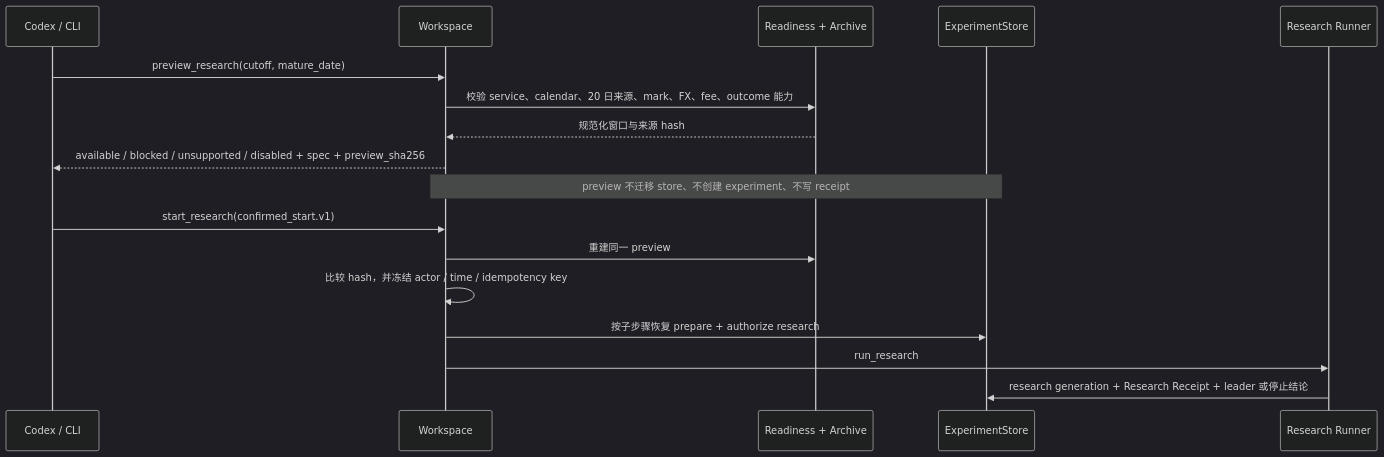
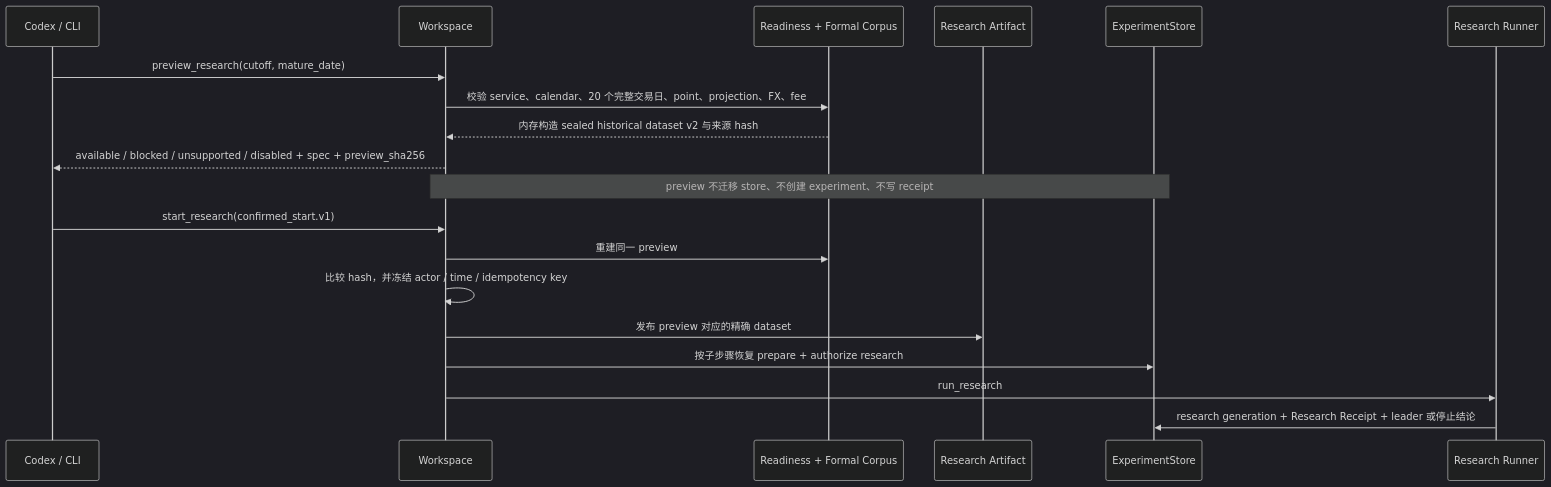
The second of 3 diagrams in docs/STRATEGY_LAB_EXPERIMENT_PLATFORM_SYSTEM_DESIGN.md (liuxie066/options-monitor), drawn with Mermaid (dark theme) before and after one commit. The commit also changed other lines of this file and 7 other files, not shown here.

Commit message:
feat(strategy-lab): complete formal 20-day research slice

````diff
--- a/docs/STRATEGY_LAB_EXPERIMENT_PLATFORM_SYSTEM_DESIGN.md
+++ b/docs/STRATEGY_LAB_EXPERIMENT_PLATFORM_SYSTEM_DESIGN.md
@@ -224,20 +223,22 @@
 ```mermaid
 sequenceDiagram
     participant C as Codex / CLI
     participant W as Workspace
-    participant R as Readiness + Archive
+    participant R as Readiness + Formal Corpus
+    participant A as Research Artifact
     participant S as ExperimentStore
     participant E as Research Runner
 
     C->>W: preview_research(cutoff, mature_date)
-    W->>R: 校验 service、calendar、20 日来源、mark、FX、fee、outcome 能力
-    R-->>W: 规范化窗口与来源 hash
+    W->>R: 校验 service、calendar、20 个完整交易日、point、projection、FX、fee
+    R-->>W: 内存构造 sealed historical dataset v2 与来源 hash
     W-->>C: available / blocked / unsupported / disabled + spec + preview_sha256
     Note over W,S: preview 不迁移 store、不创建 experiment、不写 receipt
     C->>W: start_research(confirmed_start.v1)
     W->>R: 重建同一 preview
     W->>W: 比较 hash，并冻结 actor / time / idempotency key
+    W->>A: 发布 preview 对应的精确 dataset
     W->>S: 按子步骤恢复 prepare + authorize research
     W->>E: run_research
     E->>S: research generation + Research Receipt + leader 或停止结论
 ```
````
